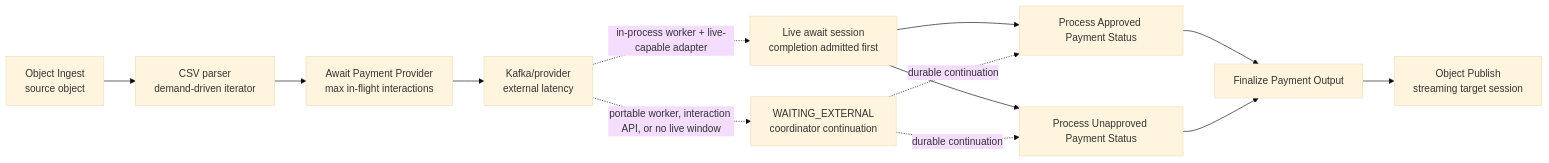
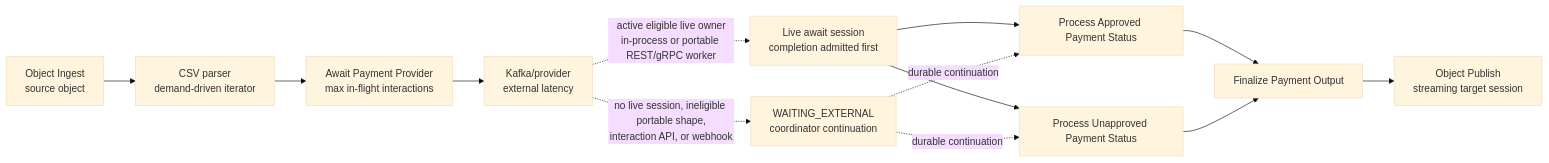
One commit to The-Pipeline-Framework/pipelineframework changed the first of 2 diagrams in docs/deploy/concurrency-and-backpressure.md. Above: the diagram before and after it, drawn with Mermaid (base theme). The commit also changed 13 other files, not shown here.

Commit message:
Align await docs with live-first semantics

````diff
--- a/docs/deploy/concurrency-and-backpressure.md
+++ b/docs/deploy/concurrency-and-backpressure.md
@@ -86,15 +86,15 @@
 ```mermaid
 flowchart LR
     A["Object Ingest<br/>source object"] --> B["CSV parser<br/>demand-driven iterator"]
     B --> C["Await Payment Provider<br/>max in-flight interactions"]
     C --> D["Kafka/provider<br/>external latency"]
-    D -. "in-process worker + live-capable adapter" .-> E["Live await session<br/>completion admitted first"]
+    D -. "active eligible live owner<br/>in-process or portable REST/gRPC worker" .-> E["Live await session<br/>completion admitted first"]
     E --> F["Process Approved Payment Status"]
     E --> G["Process Unapproved Payment Status"]
     F --> H["Finalize Payment Output"]
     G --> H
     H --> I["Object Publish<br/>streaming target session"]
-    D -. "portable worker, interaction API, or no live window" .-> J["WAITING_EXTERNAL<br/>coordinator continuation"]
+    D -. "no live session, ineligible portable shape,<br/>interaction API, or webhook" .-> J["WAITING_EXTERNAL<br/>coordinator continuation"]
     J -. "durable continuation" .-> F
     J -. "durable continuation" .-> G
 ```
````
